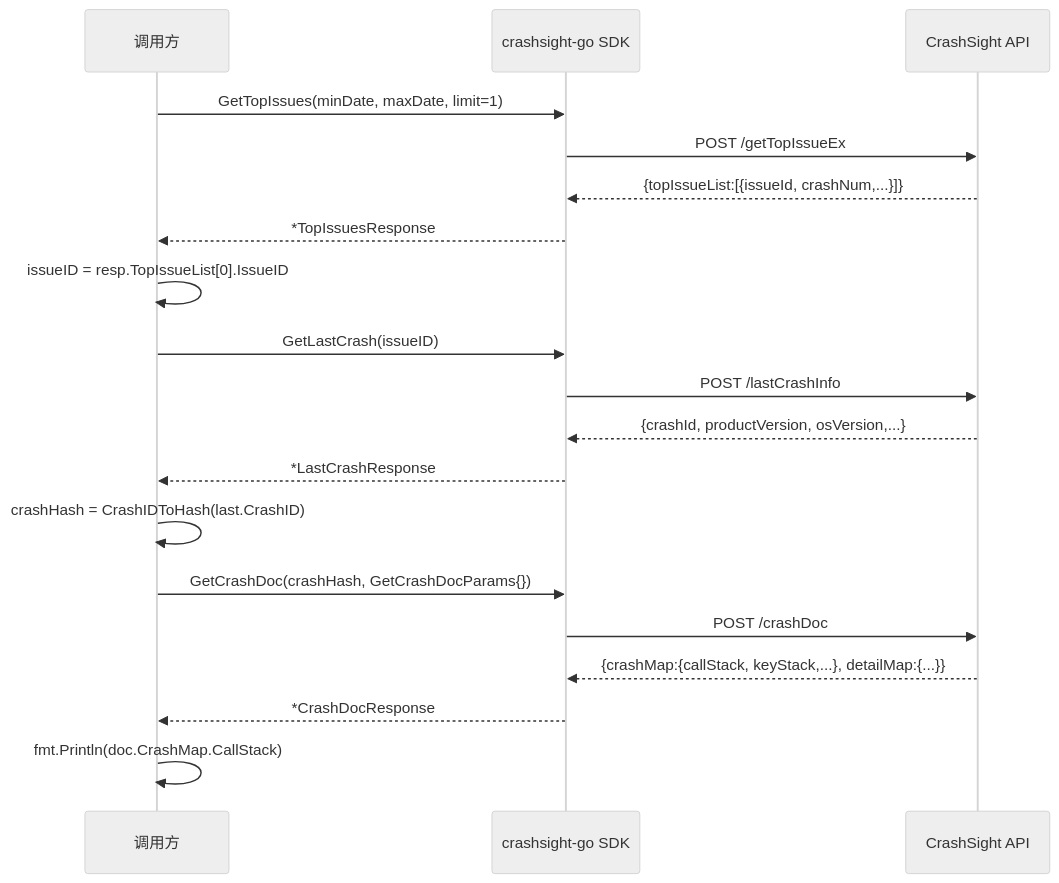
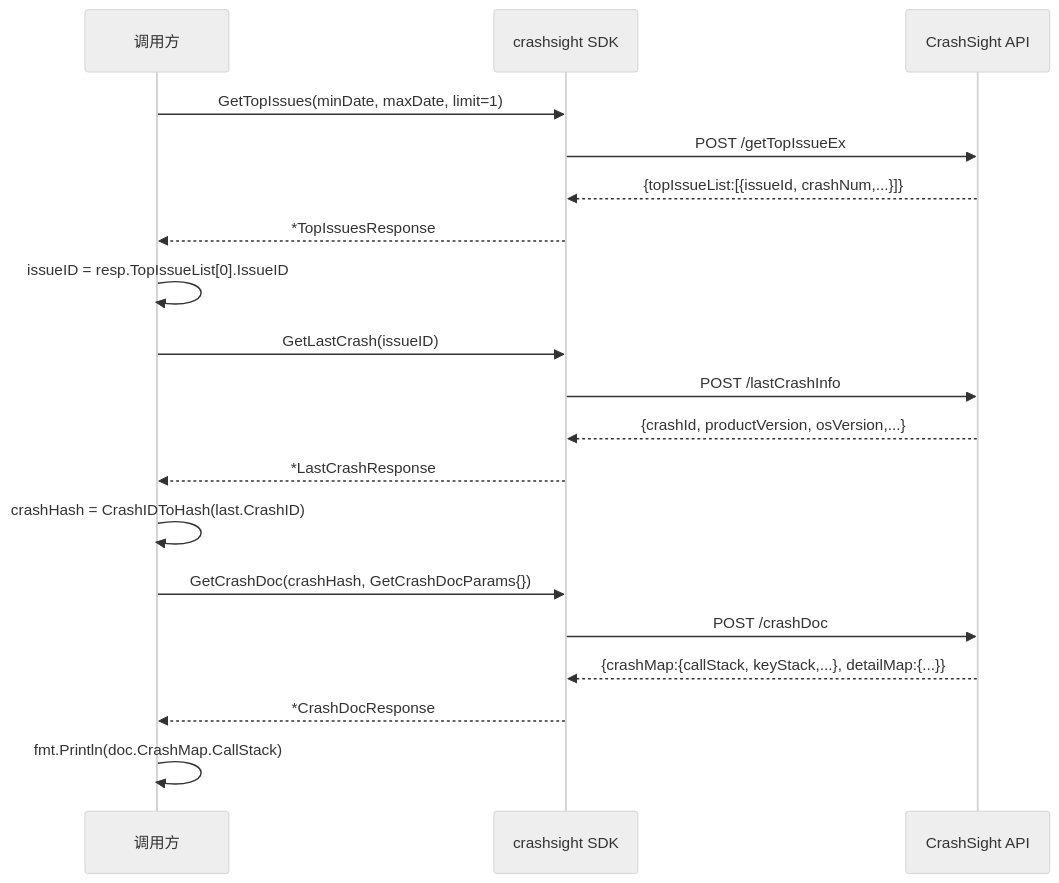
The sixth of 7 diagrams in .opencode/skills/crashsight-go-sdk/SKILL.md (larryhou/crashsight), drawn with Mermaid (neutral theme) before and after one commit. The commit also changed other lines of this file and 3 other files, not shown here.

````diff
--- a/.opencode/skills/crashsight-go-sdk/SKILL.md
+++ b/.opencode/skills/crashsight-go-sdk/SKILL.md
@@ -394,27 +394,27 @@
 ```mermaid
 sequenceDiagram
     participant App as 调用方
-    participant SDK as crashsight-go SDK
+    participant SDK as crashsight SDK
     participant API as CrashSight API
 
     App->>SDK: GetTopIssues(minDate, maxDate, limit=1)
     SDK->>API: POST /getTopIssueEx
     API-->>SDK: {topIssueList:[{issueId, crashNum,...}]}
     SDK-->>App: *TopIssuesResponse
 
     App->>App: issueID = resp.TopIssueList[0].IssueID
 
     App->>SDK: GetLastCrash(issueID)
     SDK->>API: POST /lastCrashInfo
     API-->>SDK: {crashId, productVersion, osVersion,...}
     SDK-->>App: *LastCrashResponse
 
     App->>App: crashHash = CrashIDToHash(last.CrashID)
 
     App->>SDK: GetCrashDoc(crashHash, GetCrashDocParams{})
     SDK->>API: POST /crashDoc
     API-->>SDK: {crashMap:{callStack, keyStack,...}, detailMap:{...}}
     SDK-->>App: *CrashDocResponse
 
     App->>App: fmt.Println(doc.CrashMap.CallStack)
 ```
````
